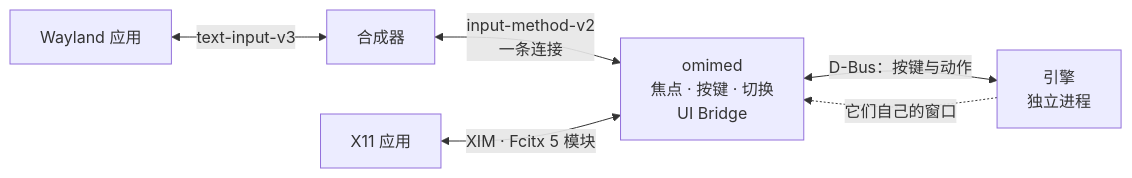
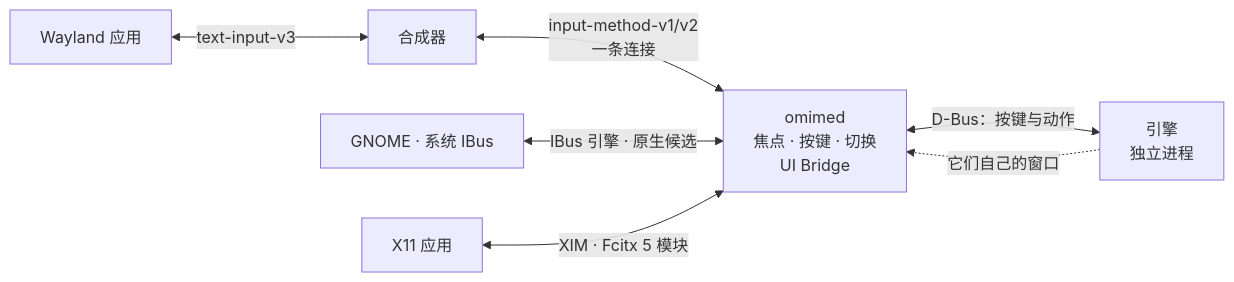
Before and after one commit to Ign1x/oh-my-ime: the diagram in README.zh-CN.md, drawn with Mermaid. The commit also changed other lines of this file and 85 other files, not shown here.

Commit message:
feat: add native KDE and GNOME input backends

````diff
--- a/README.zh-CN.md
+++ b/README.zh-CN.md
@@ -40,8 +40,9 @@
 ```mermaid
 flowchart LR
     W["Wayland 应用"] <-->|"text-input-v3"| C["合成器"]
-    C <-->|"input-method-v2<br/>一条连接"| D["omimed<br/>焦点 · 按键 · 切换<br/>UI Bridge"]
+    C <-->|"input-method-v1/v2<br/>一条连接"| D["omimed<br/>焦点 · 按键 · 切换<br/>UI Bridge"]
+    G["GNOME · 系统 IBus"] <-->|"IBus 引擎 · 原生候选"| D
     X["X11 应用"] <-->|"XIM · Fcitx 5 模块"| D
     D <-->|"D-Bus：按键与动作"| E["引擎<br/>独立进程"]
     E -.->|"它们自己的窗口"| D
 ```
````
